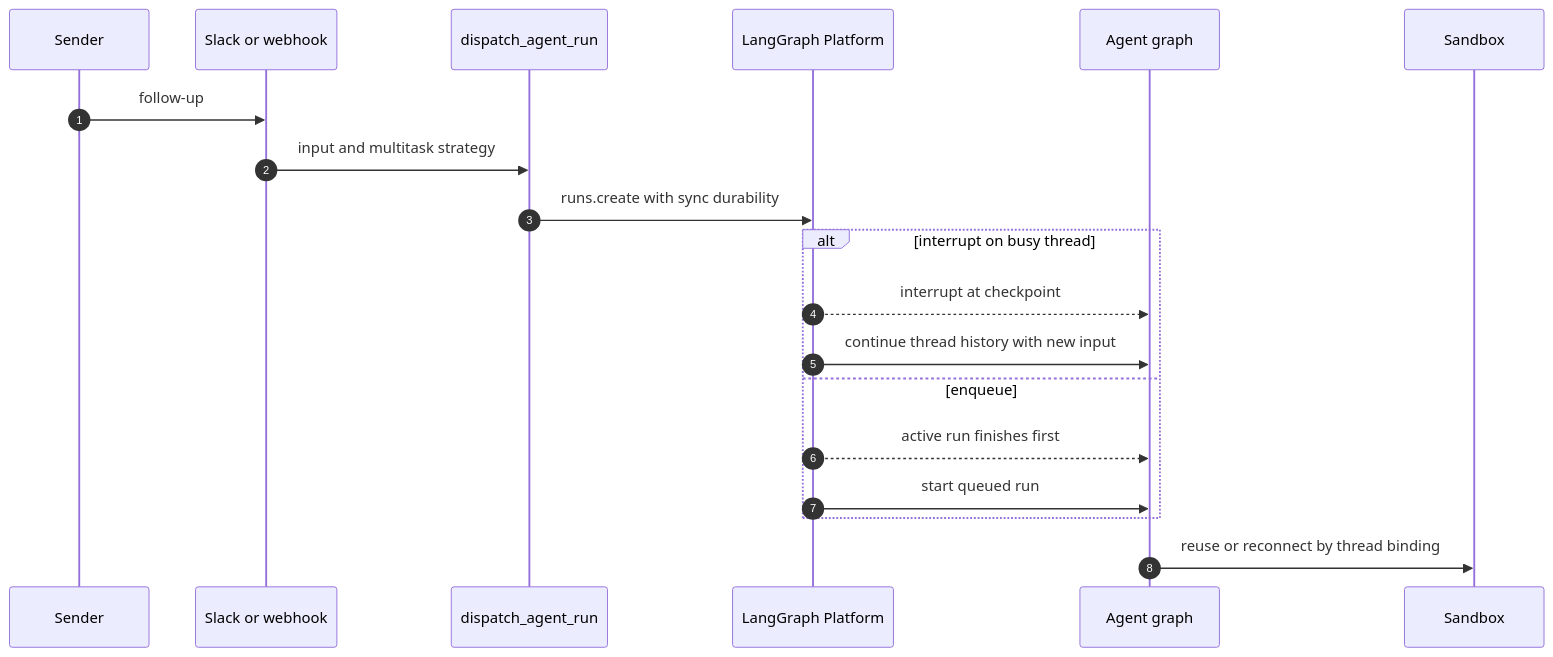
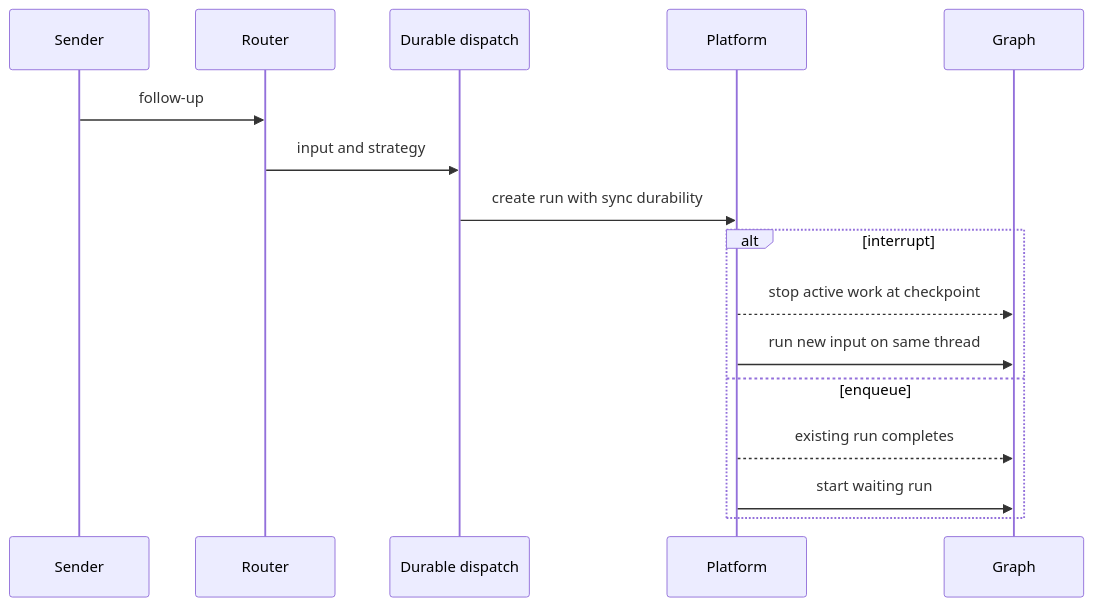
One commit to langchain-ai/open-swe changed the first of 3 diagrams in openwiki/workflows/follow-up-messages.md. Above: the diagram before and after it, drawn with Mermaid. The commit also changed other lines of this file and 51 other files, not shown here.

````diff
--- a/openwiki/workflows/follow-up-messages.md
+++ b/openwiki/workflows/follow-up-messages.md
@@ -94,22 +68,19 @@
 ```mermaid
 sequenceDiagram
-    autonumber
     participant Sender
-    participant Trigger as Slack or webhook
-    participant Dispatch as dispatch_agent_run
-    participant Platform as LangGraph Platform
-    participant Agent as Agent graph
-    participant Sandbox
+    participant Router
+    participant Dispatch as Durable dispatch
+    participant Platform
+    participant Graph
 
-    Sender->>Trigger: follow-up
-    Trigger->>Dispatch: input and multitask strategy
-    Dispatch->>Platform: runs.create with sync durability
-    alt interrupt on busy thread
-        Platform-->>Agent: interrupt at checkpoint
-        Platform->>Agent: continue thread history with new input
+    Sender->>Router: follow-up
+    Router->>Dispatch: input and strategy
+    Dispatch->>Platform: create run with sync durability
+    alt interrupt
+        Platform-->>Graph: stop active work at checkpoint
+        Platform->>Graph: run new input on same thread
     else enqueue
-        Platform-->>Agent: active run finishes first
-        Platform->>Agent: start queued run
+        Platform-->>Graph: existing run completes
+        Platform->>Graph: start waiting run
     end
-    Agent->>Sandbox: reuse or reconnect by thread binding
 ```
````
